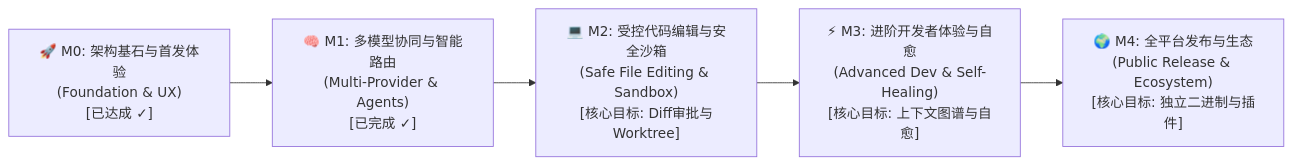
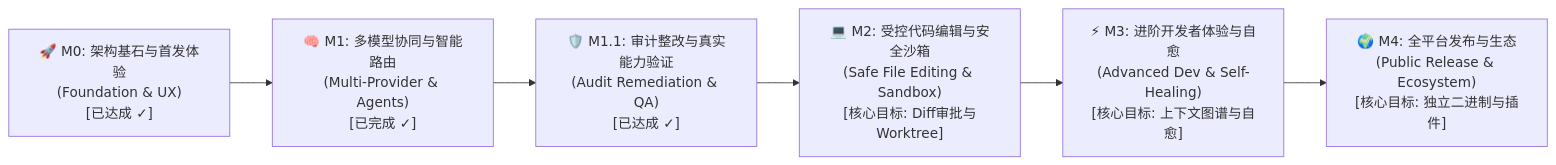
The diagram in docs/ROADMAP.md (Aoody743/nightglide-cli), drawn with Mermaid before and after one commit. The commit also changed other lines of this file and 38 other files, not shown here.

First line of the commit message:
chore(m1.1): audit remediation and real capability verification

````diff
--- a/docs/ROADMAP.md
+++ b/docs/ROADMAP.md
@@ -12,10 +12,11 @@
 ```mermaid
 flowchart LR
     M0["🚀 M0: 架构基石与首发体验\n(Foundation & UX)\n[已达成 ✓]"]
     M1["🧠 M1: 多模型协同与智能路由\n(Multi-Provider & Agents)\n[已完成 ✓]"]
+    M1_1["🛡️ M1.1: 审计整改与真实能力验证\n(Audit Remediation & QA)\n[已达成 ✓]"]
     M2["💻 M2: 受控代码编辑与安全沙箱\n(Safe File Editing & Sandbox)\n[核心目标: Diff审批与Worktree]"]
     M3["⚡ M3: 进阶开发者体验与自愈\n(Advanced Dev & Self-Healing)\n[核心目标: 上下文图谱与自愈]"]
     M4["🌍 M4: 全平台发布与生态\n(Public Release & Ecosystem)\n[核心目标: 独立二进制与插件]"]
 
-    M0 --> M1 --> M2 --> M3 --> M4
+    M0 --> M1 --> M1_1 --> M2 --> M3 --> M4
 ```
````
